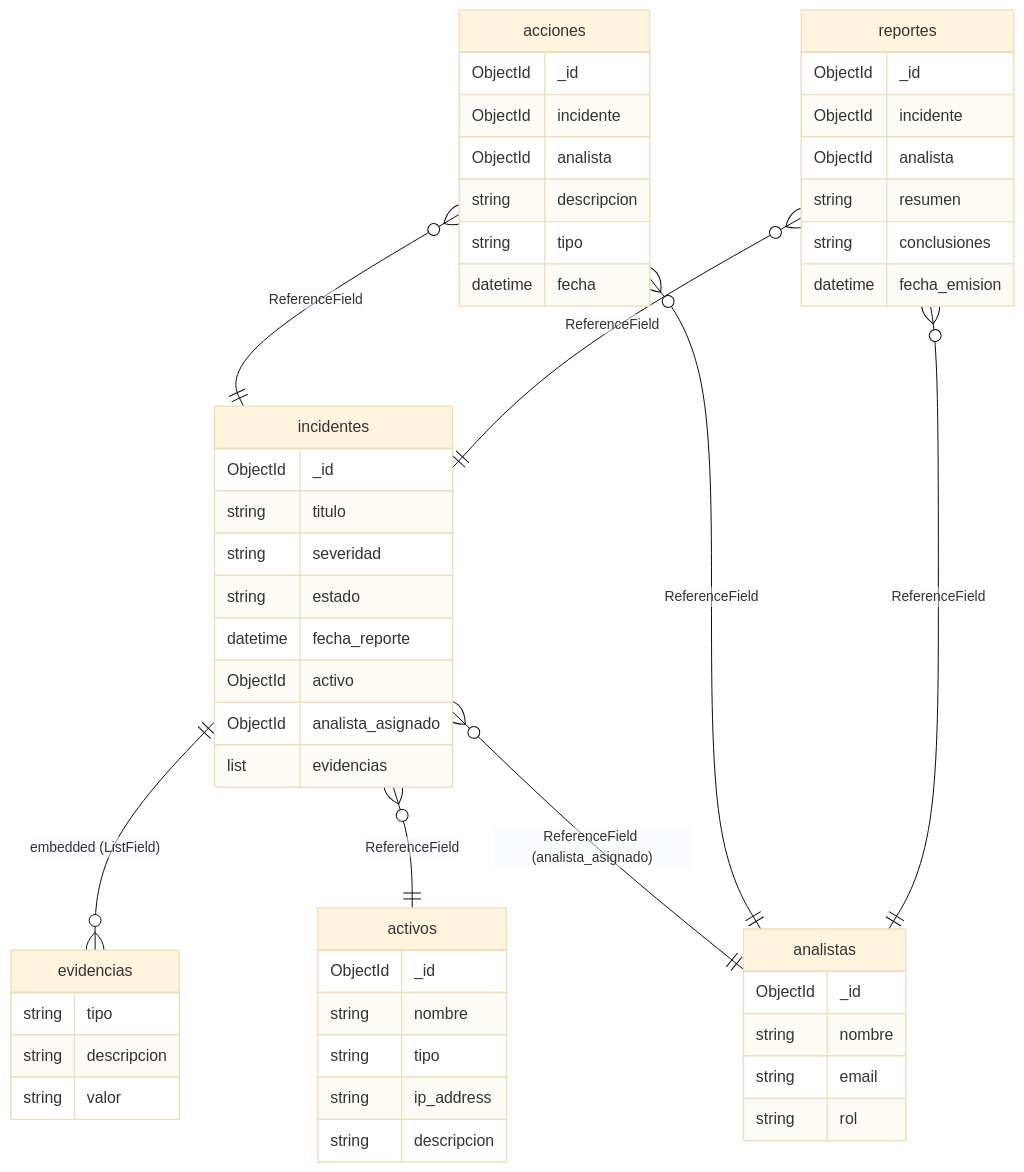
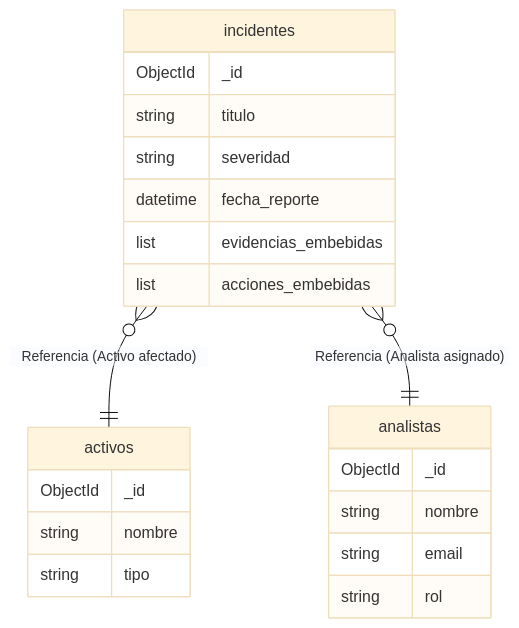
One commit to mjperez/ev4-ti3032 changed the diagram in README.md. Above: the diagram before and after it, drawn with Mermaid (base theme). The commit also changed other lines of this file and 4 other files, not shown here.

Commit message:
feat: implement MongoDB schema initialization script and update project documentation

````diff
--- a/README.md
+++ b/README.md
@@ -197,60 +63,24 @@
 ```mermaid
 erDiagram
     analistas {
         ObjectId _id
         string nombre
         string email
         string rol
     }
-
     activos {
         ObjectId _id
         string nombre
         string tipo
-        string ip_address
-        string descripcion
     }
-
-    evidencias {
-        string tipo
-        string descripcion
-        string valor
-    }
-
     incidentes {
         ObjectId _id
         string titulo
         string severidad
-        string estado
         datetime fecha_reporte
-        ObjectId activo
-        ObjectId analista_asignado
-        list evidencias
+        list evidencias_embebidas
+        list acciones_embebidas
     }
-
-    acciones {
-        ObjectId _id
-        ObjectId incidente
-        ObjectId analista
-        string descripcion
-        string tipo
-        datetime fecha
-    }
-
-    reportes {
-        ObjectId _id
-        ObjectId incidente
-        ObjectId analista
-        string resumen
-        string conclusiones
-        datetime fecha_emision
-    }
-
-    incidentes ||--o{ evidencias : "embedded (ListField)"
-    incidentes }o--|| activos : "ReferenceField"
-    incidentes }o--|| analistas : "ReferenceField (analista_asignado)"
-    acciones }o--|| incidentes : "ReferenceField"
-    acciones }o--|| analistas : "ReferenceField"
-    reportes }o--|| incidentes : "ReferenceField"
-    reportes }o--|| analistas : "ReferenceField"
+    incidentes }o--|| activos : "Referencia (Activo afectado)"
+    incidentes }o--|| analistas : "Referencia (Analista asignado)"
 ```
````
